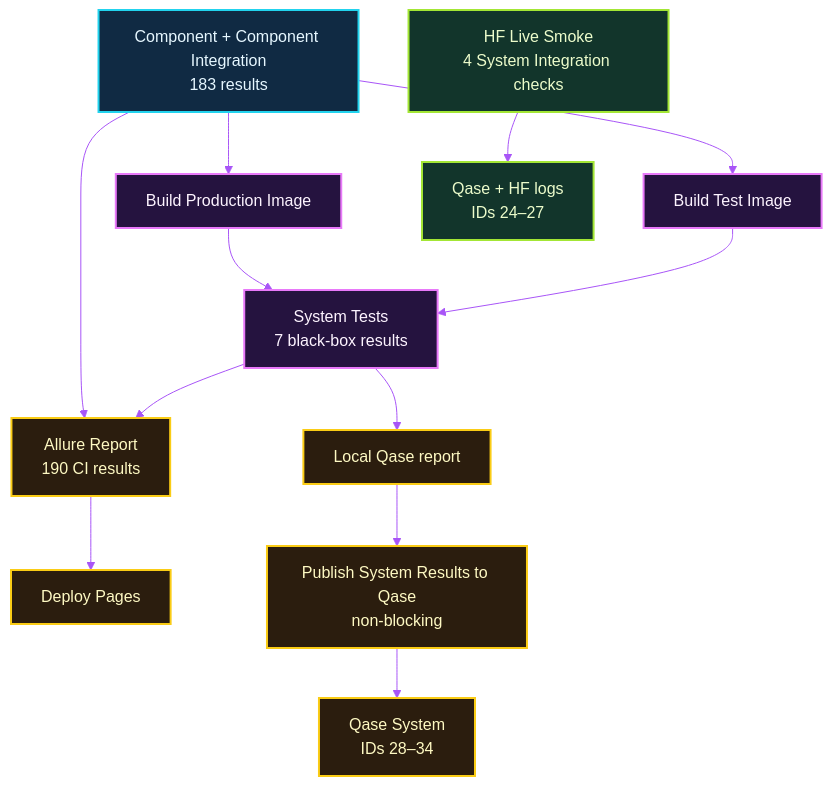
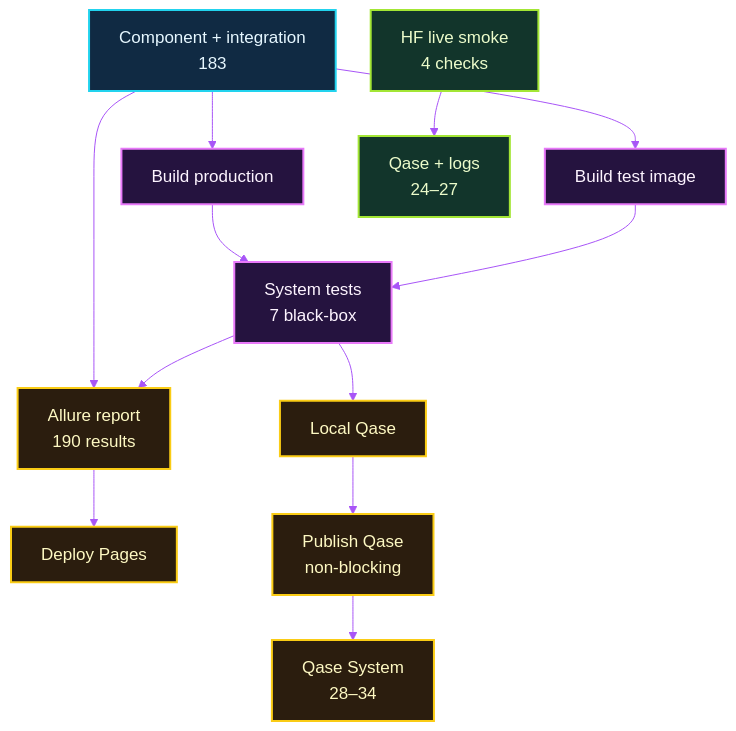
One commit to michalmarczuk/event-agent changed the third of 3 diagrams in docs/TESTING.md. Above: the diagram before and after it, drawn with Mermaid. The commit also changed other lines of this file and 3 other files, not shown here.

Commit message:
Improve Mermaid diagram readability across documentation

````diff
--- a/docs/TESTING.md
+++ b/docs/TESTING.md
@@ -112,26 +112,26 @@
 ```mermaid
-%%{init: {'theme': 'base', 'themeVariables': {'background': '#07111f', 'primaryColor': '#102a43', 'primaryTextColor': '#e6f7ff', 'primaryBorderColor': '#22d3ee', 'secondaryColor': '#25133f', 'tertiaryColor': '#12352b', 'lineColor': '#a855f7', 'fontFamily': 'ui-sans-serif, system-ui'}}}%%
+%%{init: {'theme': 'base', 'themeVariables': {'background': '#07111f', 'primaryColor': '#102a43', 'primaryTextColor': '#e6f7ff', 'primaryBorderColor': '#22d3ee', 'secondaryColor': '#25133f', 'tertiaryColor': '#12352b', 'lineColor': '#a855f7', 'fontFamily': 'ui-sans-serif, system-ui', 'fontSize': '17px'}, 'flowchart': {'nodeSpacing': 35, 'rankSpacing': 45}}}%%
 flowchart TB
-    component["Component + Component Integration\n183 results"] --> production["Build Production Image"]
-    component --> test_image["Build Test Image"]
-    production --> system["System Tests\n7 black-box results"]
+    component["Component + integration\n183"] --> production["Build production"]
+    component --> test_image["Build test image"]
+    production --> system["System tests\n7 black-box"]
     test_image --> system
-    component --> allure["Allure Report\n190 CI results"]
+    component --> allure["Allure report\n190 results"]
     system --> allure
     allure --> pages["Deploy Pages"]
 
-    system --> local["Local Qase report"]
-    local --> publish["Publish System Results to Qase\nnon-blocking"]
-    publish --> qase["Qase System\nIDs 28–34"]
+    system --> local["Local Qase"]
+    local --> publish["Publish Qase\nnon-blocking"]
+    publish --> qase["Qase System\n28–34"]
 
-    hf["HF Live Smoke\n4 System Integration checks"] --> qase_live["Qase + HF logs\nIDs 24–27"]
+    hf["HF live smoke\n4 checks"] --> qase_live["Qase + logs\n24–27"]
 
     classDef ci fill:#102a43,stroke:#22d3ee,color:#e6f7ff,stroke-width:2px;
     classDef image fill:#25133f,stroke:#e879f9,color:#fdf4ff,stroke-width:2px;
     classDef report fill:#2b1d0e,stroke:#facc15,color:#fef9c3,stroke-width:2px;
     classDef live fill:#12352b,stroke:#a3e635,color:#ecfccb,stroke-width:2px;
     class component ci;
     class production,test_image,system image;
     class allure,pages,local,publish,qase report;
     class hf,qase_live live;
 ```
````
